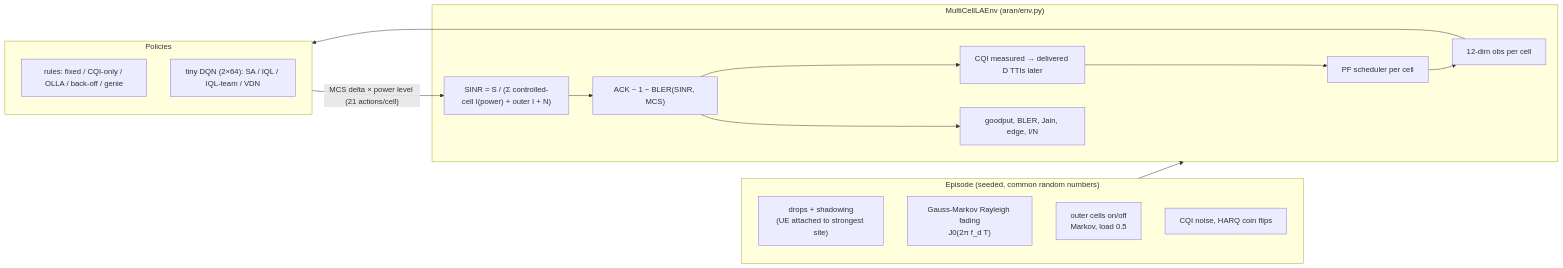
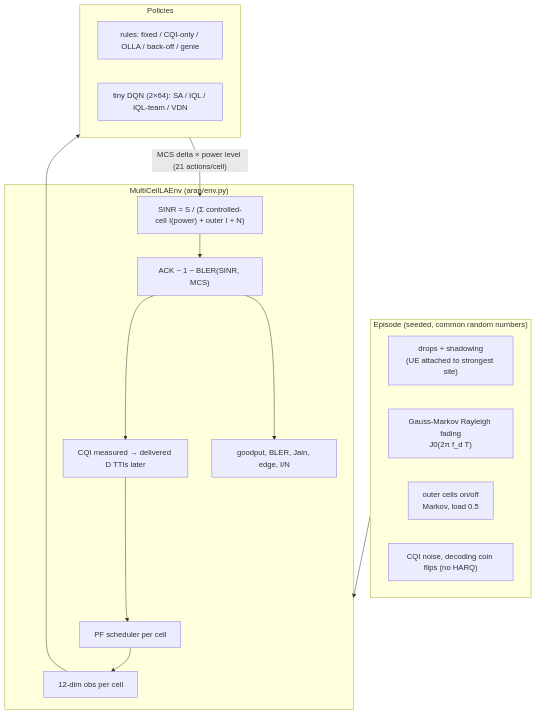
Before and after one commit to arman-dogru/ai-ran-link-adaptation-marl-sandbox: the first of 3 diagrams in README.md, drawn with Mermaid. The commit also changed other lines of this file and 3 other files, not shown here.

````diff
--- a/README.md
+++ b/README.md
@@ -67,23 +72,23 @@
 ```mermaid
-flowchart LR
+flowchart TB
   subgraph EP["Episode (seeded, common random numbers)"]
     D["drops + shadowing<br/>(UE attached to strongest site)"]
     F["Gauss-Markov Rayleigh fading<br/>J0(2π f_d T)"]
     O["outer cells on/off<br/>Markov, load 0.5"]
-    N["CQI noise, HARQ coin flips"]
+    N["CQI noise, decoding coin flips (no HARQ)"]
   end
   EP --> ENV
   subgraph ENV["MultiCellLAEnv (aran/env.py)"]
     PF["PF scheduler per cell"] --> OBS["12-dim obs per cell"]
     SINR["SINR = S / (Σ controlled-cell I(power) + outer I + N)"] --> ACK["ACK ~ 1 − BLER(SINR, MCS)"]
     ACK --> KPI["goodput, BLER, Jain, edge, I/N"]
     ACK --> CQI["CQI measured → delivered D TTIs later"]
     CQI --> PF
   end
   OBS --> POL
   subgraph POL["Policies"]
     R["rules: fixed / CQI-only / OLLA / back-off / genie"]
     L["tiny DQN (2×64): SA / IQL / IQL-team / VDN"]
   end
   POL -- "MCS delta × power level (21 actions/cell)" --> SINR
 ```
````
